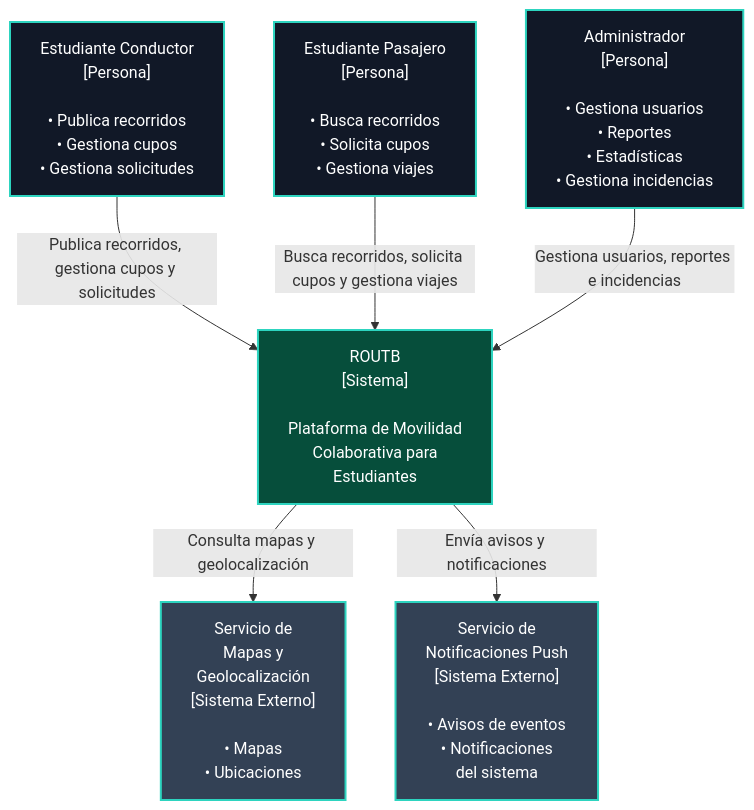
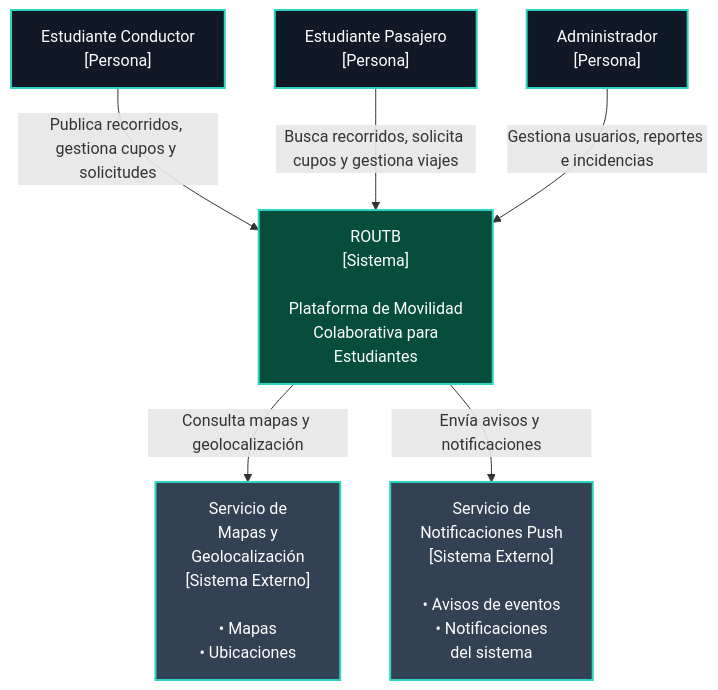
The first of 2 diagrams in docs/c4/context.md (ISCOUTB/AS_202620_ROUTB), drawn with Mermaid before and after one commit. The commit also changed 4 other files, not shown here.

````diff
--- a/docs/c4/context.md
+++ b/docs/c4/context.md
@@ -3,22 +3,22 @@
 ```mermaid
 flowchart TD
-    EC["Estudiante Conductor<br/>[Persona]<br/><br/>• Publica recorridos<br/>• Gestiona cupos<br/>• Gestiona solicitudes"]
-    EP["Estudiante Pasajero<br/>[Persona]<br/><br/>• Busca recorridos<br/>• Solicita cupos<br/>• Gestiona viajes"]
-    ADM["Administrador<br/>[Persona]<br/><br/>• Gestiona usuarios<br/>• Reportes<br/>• Estadísticas<br/>• Gestiona incidencias"]
+    EC["Estudiante Conductor<br/>[Persona]<br/>"]
+    EP["Estudiante Pasajero<br/>[Persona]<br/>"]
+    ADM["Administrador<br/>[Persona]<br/>"]
     R["ROUTB<br/>[Sistema]<br/><br/>Plataforma de Movilidad<br/>Colaborativa para<br/>Estudiantes"]
     MAP["Servicio de<br/>Mapas y<br/>Geolocalización<br/>[Sistema Externo]<br/><br/>• Mapas<br/>• Ubicaciones"]
     PUSH["Servicio de<br/>Notificaciones Push<br/>[Sistema Externo]<br/><br/>• Avisos de eventos<br/>• Notificaciones<br/>del sistema"]
     %% Conexiones principales
     EC -->|"Publica recorridos, gestiona cupos y solicitudes"| R
     EP -->|"Busca recorridos, solicita cupos y gestiona viajes"| R
     ADM -->|"Gestiona usuarios, reportes e incidencias"| R
     R -->|"Consulta mapas y geolocalización"| MAP
     R -->|"Envía avisos y notificaciones"| PUSH
     %% Estilos
     classDef actor fill:#111827,stroke:#2dd4bf,color:#fff,stroke-width:2px
     classDef system fill:#064e3b,stroke:#2dd4bf,color:#fff,stroke-width:2px
     classDef service fill:#334155,stroke:#2dd4bf,color:#fff,stroke-width:2px
     class EC,EP,ADM actor
     class R system
     class MAP,PUSH service
 ```
````
